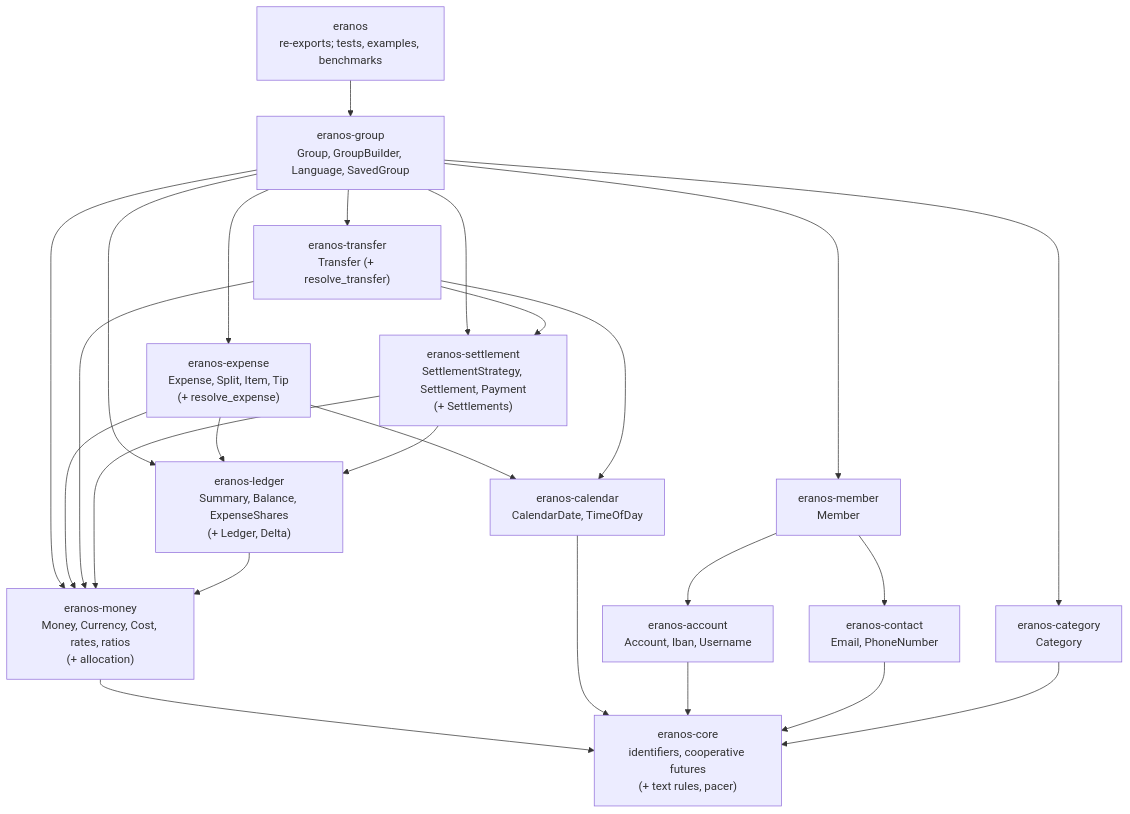
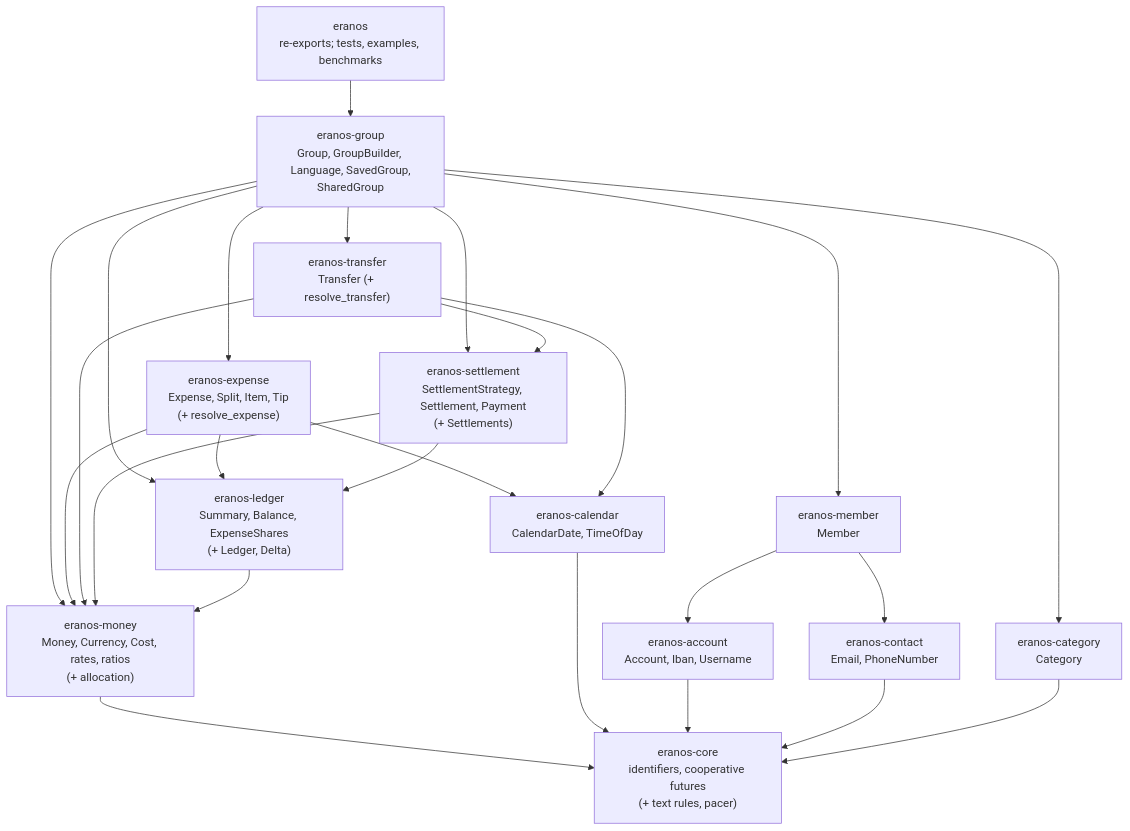
The first of 2 diagrams in docs/ARCHITECTURE.md (cristiancristea00/eranos), drawn with Mermaid before and after one commit. The commit also changed other lines of this file and 9 other files, not shown here.

````diff
--- a/docs/ARCHITECTURE.md
+++ b/docs/ARCHITECTURE.md
@@ -66,40 +69,40 @@
 ```mermaid
 flowchart TD
     FACADE["eranos<br/>re-exports; tests, examples, benchmarks"]
-    GROUP["eranos-group<br/>Group, GroupBuilder, Language, SavedGroup"]
+    GROUP["eranos-group<br/>Group, GroupBuilder, Language, SavedGroup,<br/>SharedGroup"]
     EXPENSE["eranos-expense<br/>Expense, Split, Item, Tip<br/>(+ resolve_expense)"]
     TRANSFER["eranos-transfer<br/>Transfer (+ resolve_transfer)"]
     MEMBER["eranos-member<br/>Member"]
     CATEGORY["eranos-category<br/>Category"]
     SETTLEMENT["eranos-settlement<br/>SettlementStrategy, Settlement, Payment<br/>(+ Settlements)"]
     ACCOUNT["eranos-account<br/>Account, Iban, Username"]
     CONTACT["eranos-contact<br/>Email, PhoneNumber"]
     LEDGER["eranos-ledger<br/>Summary, Balance, ExpenseShares<br/>(+ Ledger, Delta)"]
     CALENDAR["eranos-calendar<br/>CalendarDate, TimeOfDay"]
     MONEY["eranos-money<br/>Money, Currency, Cost, rates, ratios<br/>(+ allocation)"]
     CORE["eranos-core<br/>identifiers, cooperative futures<br/>(+ text rules, pacer)"]
     FACADE --> GROUP
     GROUP --> EXPENSE
     GROUP --> TRANSFER
     GROUP --> MEMBER
     GROUP --> CATEGORY
     GROUP --> SETTLEMENT
     GROUP --> LEDGER
     GROUP --> MONEY
     EXPENSE --> LEDGER
     EXPENSE --> CALENDAR
     EXPENSE --> MONEY
     TRANSFER --> SETTLEMENT
     TRANSFER --> CALENDAR
     TRANSFER --> MONEY
     MEMBER --> ACCOUNT
     MEMBER --> CONTACT
     SETTLEMENT --> LEDGER
     SETTLEMENT --> MONEY
     LEDGER --> MONEY
     MONEY --> CORE
     CALENDAR --> CORE
     ACCOUNT --> CORE
     CONTACT --> CORE
     CATEGORY --> CORE
 ```
````
